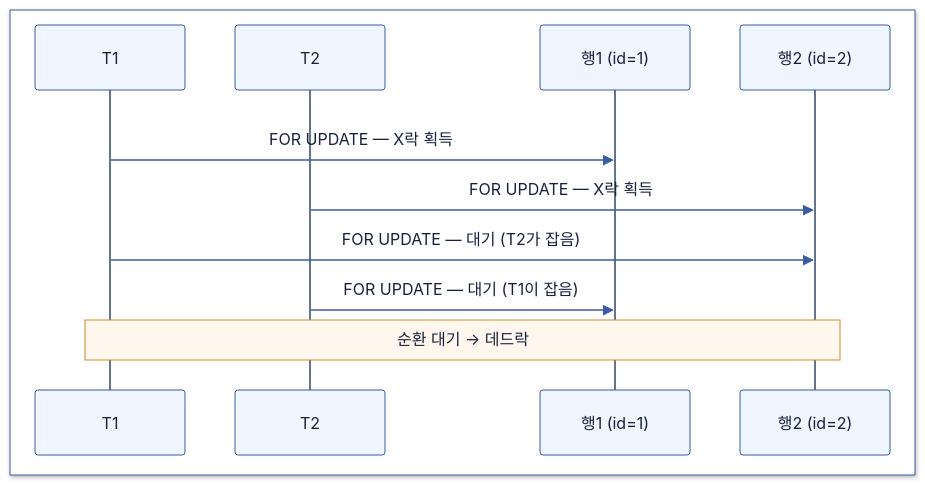
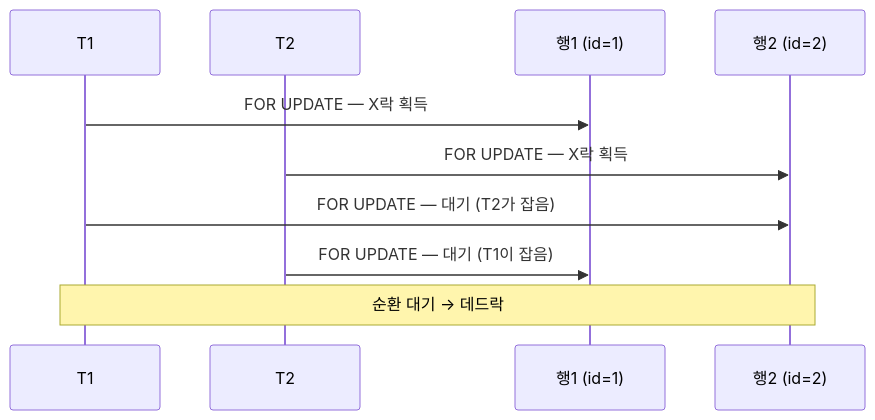
One commit to Hyune-s-lab/my-ai-study changed the third of 3 diagrams in computer-science/2607-race-condition.md. Above: the diagram before and after it, drawn with Mermaid. The commit also changed other lines of this file and 49 other files, not shown here.

Commit message:
docs: 단순 다이어그램은 Mermaid로, 복잡한 배치는 SVG로 정리

````diff
--- a/computer-science/2607-race-condition.md
+++ b/computer-science/2607-race-condition.md
@@ -225,17 +215,12 @@
 ```mermaid
 sequenceDiagram
-%%{init: {"theme": "base", "darkMode": false, "themeVariables": {"background": "#ffffff", "primaryColor": "#EFF6FF", "primaryTextColor": "#16213E", "primaryBorderColor": "#3B5BA5", "secondaryColor": "#F0FDF4", "tertiaryColor": "#FAF5FF", "lineColor": "#3B5BA5", "textColor": "#16213E", "edgeLabelBackground": "#ffffff", "actorBkg": "#EFF6FF", "actorBorder": "#3B5BA5", "actorTextColor": "#16213E", "signalColor": "#3B5BA5", "signalTextColor": "#16213E", "noteBkgColor": "#FFF7ED", "noteBorderColor": "#C98A2B", "noteTextColor": "#16213E", "labelBoxBkgColor": "#EFF6FF", "labelTextColor": "#16213E", "loopTextColor": "#16213E", "actorLineColor": "#64748B", "labelBoxBorderColor": "#3B5BA5"}}}%%
-  box rgb(255, 255, 255)
-    participant T1
-    participant T2
-    participant R1 as 행1 (id=1)
-    participant R2 as 행2 (id=2)
-  end
-  rect rgb(255, 255, 255)
-    T1->>R1: FOR UPDATE — X락 획득
-    T2->>R2: FOR UPDATE — X락 획득
-    T1->>R2: FOR UPDATE — 대기 (T2가 잡음)
-    T2->>R1: FOR UPDATE — 대기 (T1이 잡음)
-    Note over T1,R2: 순환 대기 → 데드락
-  end
+  participant T1
+  participant T2
+  participant R1 as 행1 (id=1)
+  participant R2 as 행2 (id=2)
+  T1->>R1: FOR UPDATE — X락 획득
+  T2->>R2: FOR UPDATE — X락 획득
+  T1->>R2: FOR UPDATE — 대기 (T2가 잡음)
+  T2->>R1: FOR UPDATE — 대기 (T1이 잡음)
+  Note over T1,R2: 순환 대기 → 데드락
 ```
````
